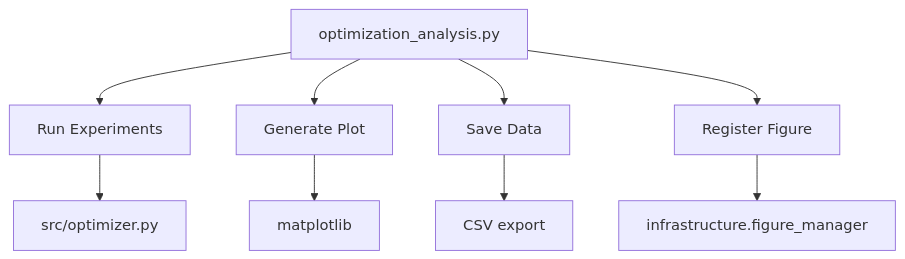
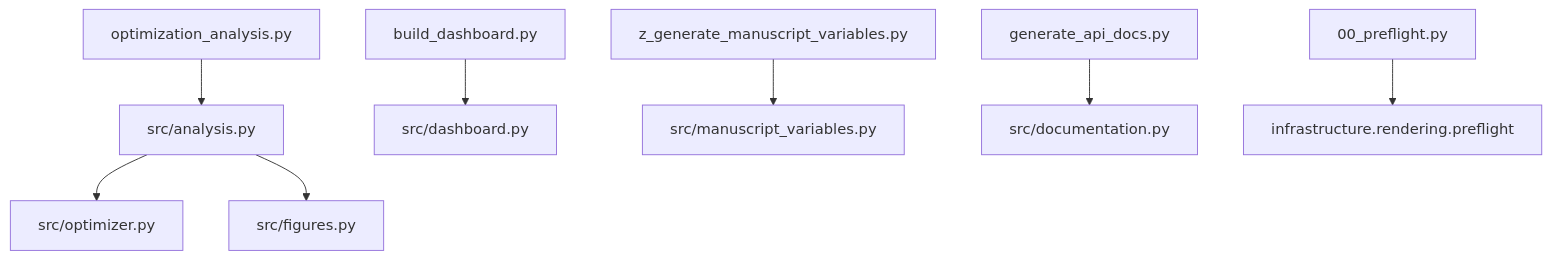
Before and after one commit to docxology/template: the diagram in projects/template_code_project/scripts/README.md, drawn with Mermaid. The commit also changed other lines of this file and 424 other files, not shown here.

````diff
--- a/projects/template_code_project/scripts/README.md
+++ b/projects/template_code_project/scripts/README.md
@@ -41,12 +53,10 @@
 ```mermaid
 graph TD
-    A[optimization_analysis.py] --> B[Run Experiments]
-    A --> C[Generate Plot]
-    A --> D[Save Data]
-    A --> E[Register Figure]
-
-    B --> F[src/optimizer.py]
-    C --> G[matplotlib]
-    D --> H[CSV export]
-    E --> I[infrastructure.figure_manager]
+    OA[optimization_analysis.py] --> SA[src/analysis.py]
+    BD[build_dashboard.py] --> SD[src/dashboard.py]
+    ZGEN[z_generate_manuscript_variables.py] --> MV[src/manuscript_variables.py]
+    SA --> OPT[src/optimizer.py]
+    SA --> FIG[src/figures.py]
+    GD[generate_api_docs.py] --> DOC[src/documentation.py]
+    PF[00_preflight.py] --> INFRA[infrastructure.rendering.preflight]
 ```
````
